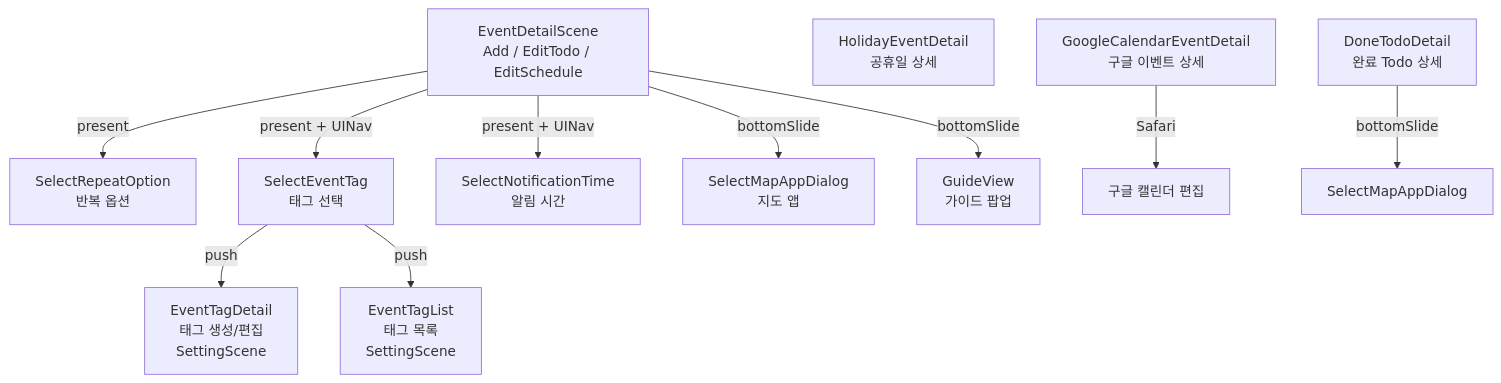
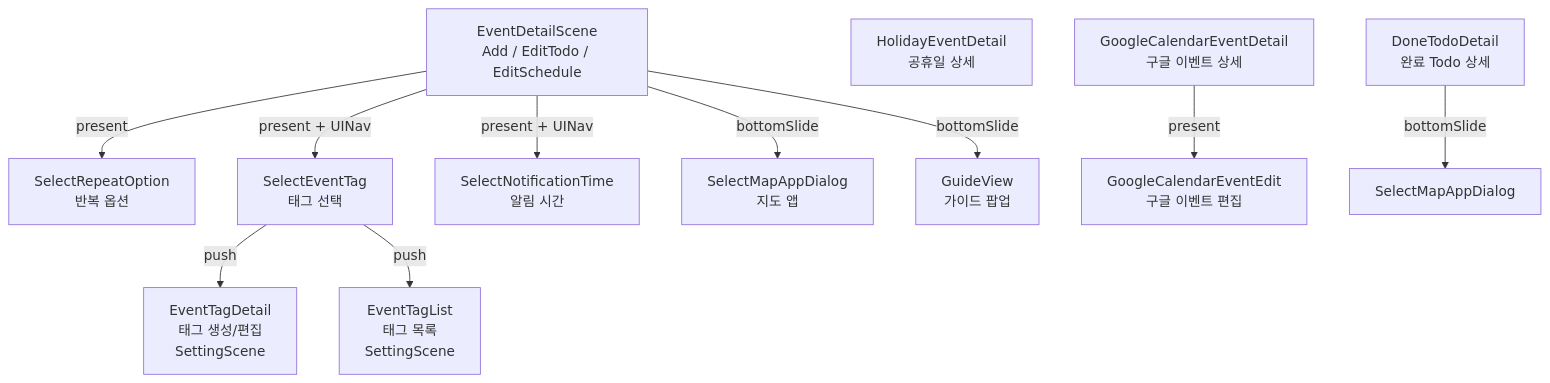
One commit to sudopark/TodoCalendar changed the first of 4 diagrams in Presentations/EventDetailScene/CLAUDE.md. Above: the diagram before and after it, drawn with Mermaid. The commit also changed other lines of this file and 9 other files, not shown here.

````diff
--- a/Presentations/EventDetailScene/CLAUDE.md
+++ b/Presentations/EventDetailScene/CLAUDE.md
@@ -13,15 +13,15 @@
 ```mermaid
 graph TD
     ED[EventDetailScene<br/>Add / EditTodo / EditSchedule] -->|present| RO[SelectRepeatOption<br/>반복 옵션]
     ED -->|present + UINav| ET[SelectEventTag<br/>태그 선택]
     ED -->|present + UINav| NT[SelectNotificationTime<br/>알림 시간]
     ED -->|bottomSlide| MA[SelectMapAppDialog<br/>지도 앱]
     ED -->|bottomSlide| GV[GuideView<br/>가이드 팝업]
 
     ET -->|push| ETD[EventTagDetail<br/>태그 생성/편집<br/>SettingScene]
     ET -->|push| ETL[EventTagList<br/>태그 목록<br/>SettingScene]
 
     HD[HolidayEventDetail<br/>공휴일 상세]
-    GD[GoogleCalendarEventDetail<br/>구글 이벤트 상세] -->|Safari| GE[구글 캘린더 편집]
+    GD[GoogleCalendarEventDetail<br/>구글 이벤트 상세] -->|present| GE[GoogleCalendarEventEdit<br/>구글 이벤트 편집]
     DD[DoneTodoDetail<br/>완료 Todo 상세] -->|bottomSlide| MA2[SelectMapAppDialog]
 ```
````
